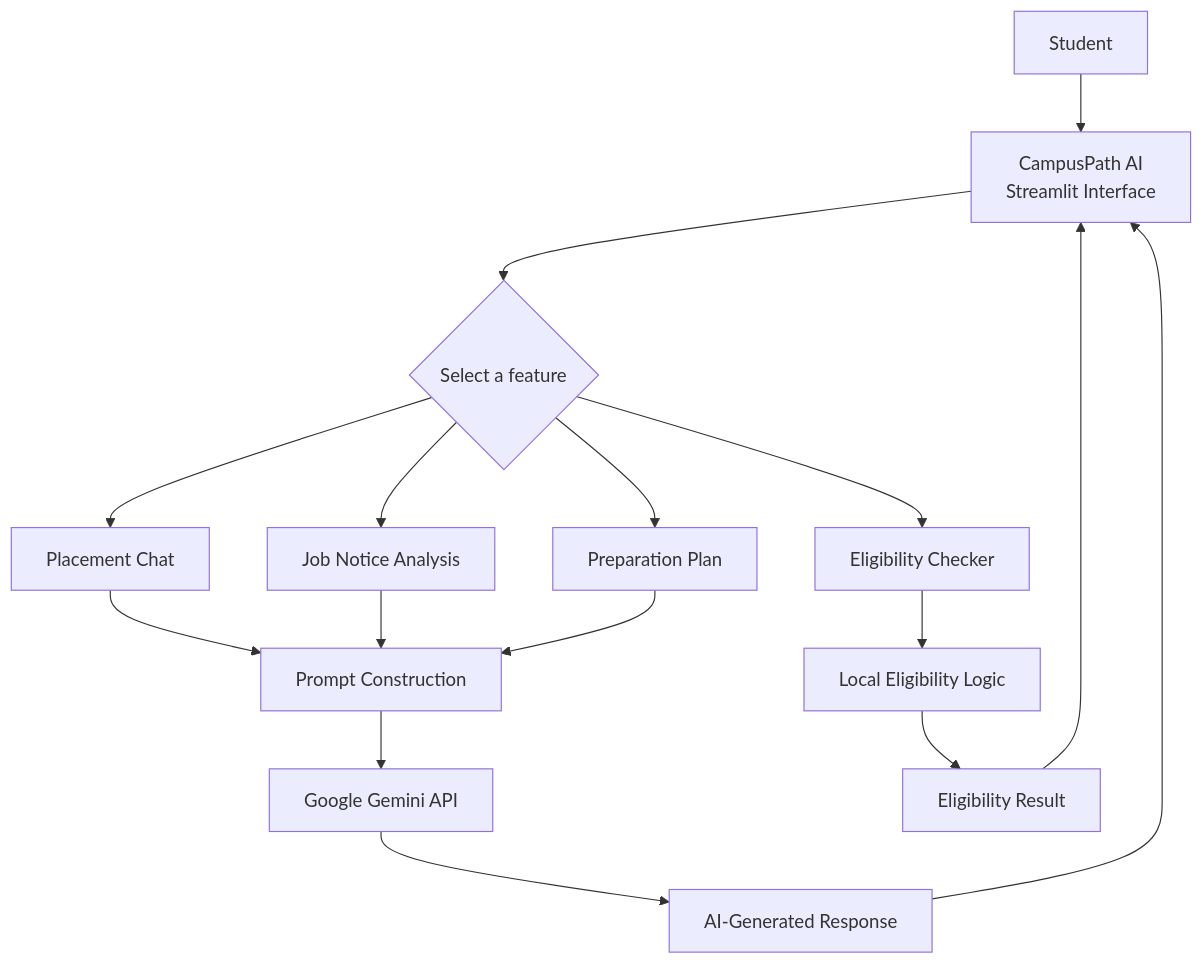
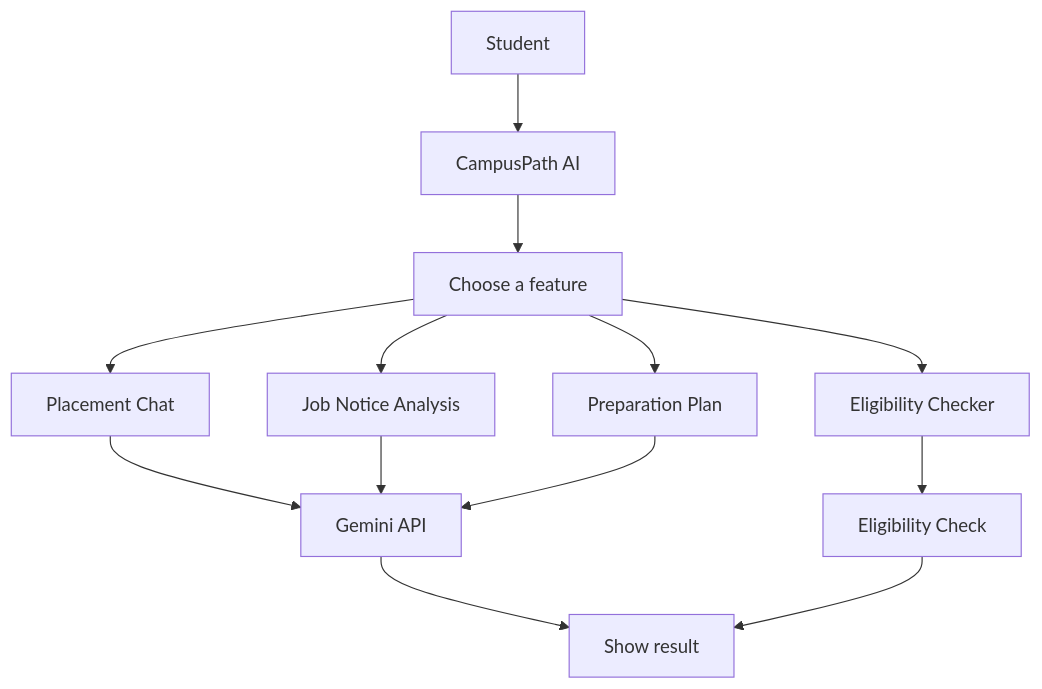
One commit to SAI-GODGE/CampusPath-AI changed the diagram in README.md. Above: the diagram before and after it, drawn with Mermaid. The commit also changed other lines of this file, not shown here.

````diff
--- a/README.md
+++ b/README.md
@@ -82,24 +36,15 @@
 ```mermaid
 flowchart TD
-    A["Student"] --> B["CampusPath AI<br/>Streamlit Interface"]
-
-    B --> C{"Select a feature"}
-
+    A["Student"] --> B["CampusPath AI"]
+    B --> C["Choose a feature"]
     C --> D["Placement Chat"]
     C --> E["Job Notice Analysis"]
     C --> F["Eligibility Checker"]
     C --> G["Preparation Plan"]
-
-    D --> H["Prompt Construction"]
+    D --> H["Gemini API"]
     E --> H
     G --> H
-
-    H --> I["Google Gemini API"]
-    I --> J["AI-Generated Response"]
-
-    F --> K["Local Eligibility Logic"]
-    K --> L["Eligibility Result"]
-
-    J --> B
-    L --> B
+    F --> I["Eligibility Check"]
+    H --> J["Show result"]
+    I --> J
 ```
````
